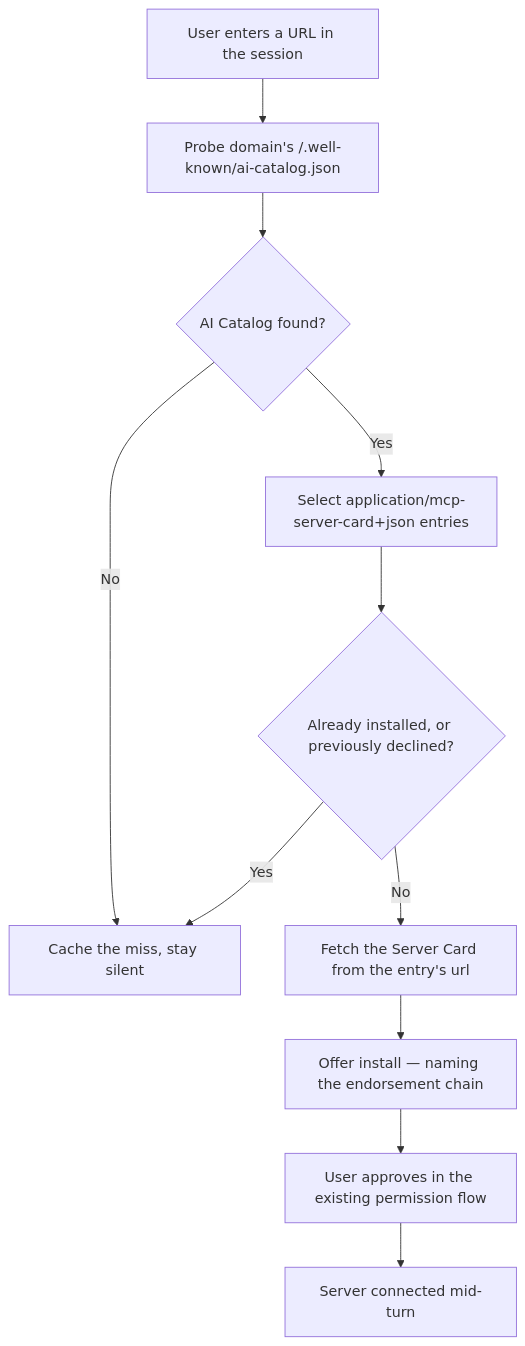
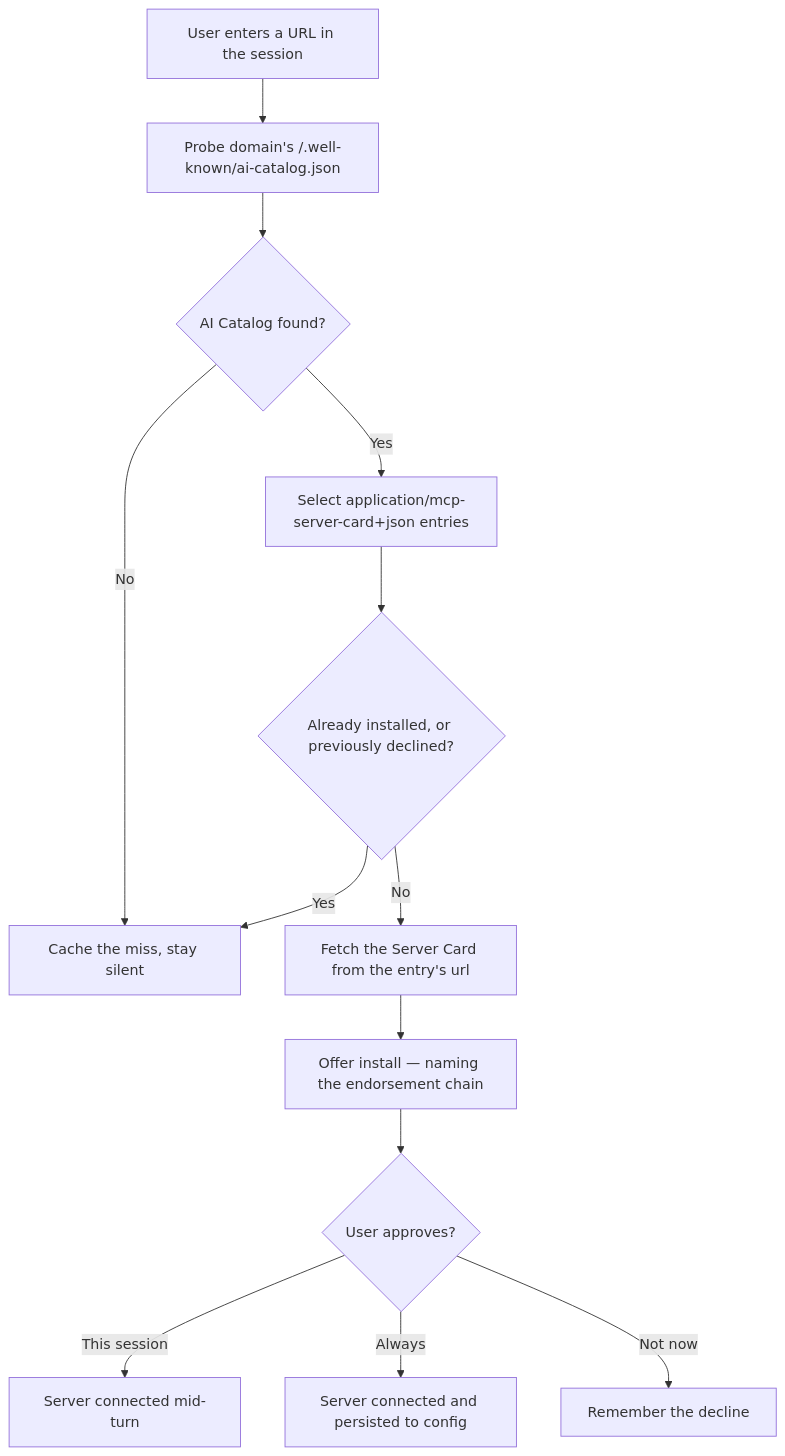
One commit to modelcontextprotocol/experimental-ext-server-card changed the first of 2 diagrams in docs/best-practices.md. Above: the diagram before and after it, drawn with Mermaid. The commit also changed other lines of this file, not shown here.

First line of the commit message:
docs: tighten client install consent, drop out-of-session install path

````diff
--- a/docs/best-practices.md
+++ b/docs/best-practices.md
@@ -107,13 +107,15 @@
 ```mermaid
 flowchart TD
     A[User enters a URL in the session] --> B[Probe domain's /.well-known/ai-catalog.json]
     B --> C{AI Catalog found?}
     C -->|No| D[Cache the miss, stay silent]
     C -->|Yes| E[Select application/mcp-server-card+json entries]
     E --> F{Already installed, or previously declined?}
     F -->|Yes| D
     F -->|No| G[Fetch the Server Card from the entry's url]
     G --> H["Offer install — naming the endorsement chain"]
-    H --> I[User approves in the existing permission flow]
-    I --> J[Server connected mid-turn]
+    H --> I{User approves?}
+    I -->|This session| J[Server connected mid-turn]
+    I -->|Always| K[Server connected and persisted to config]
+    I -->|Not now| L[Remember the decline]
 ```
````
